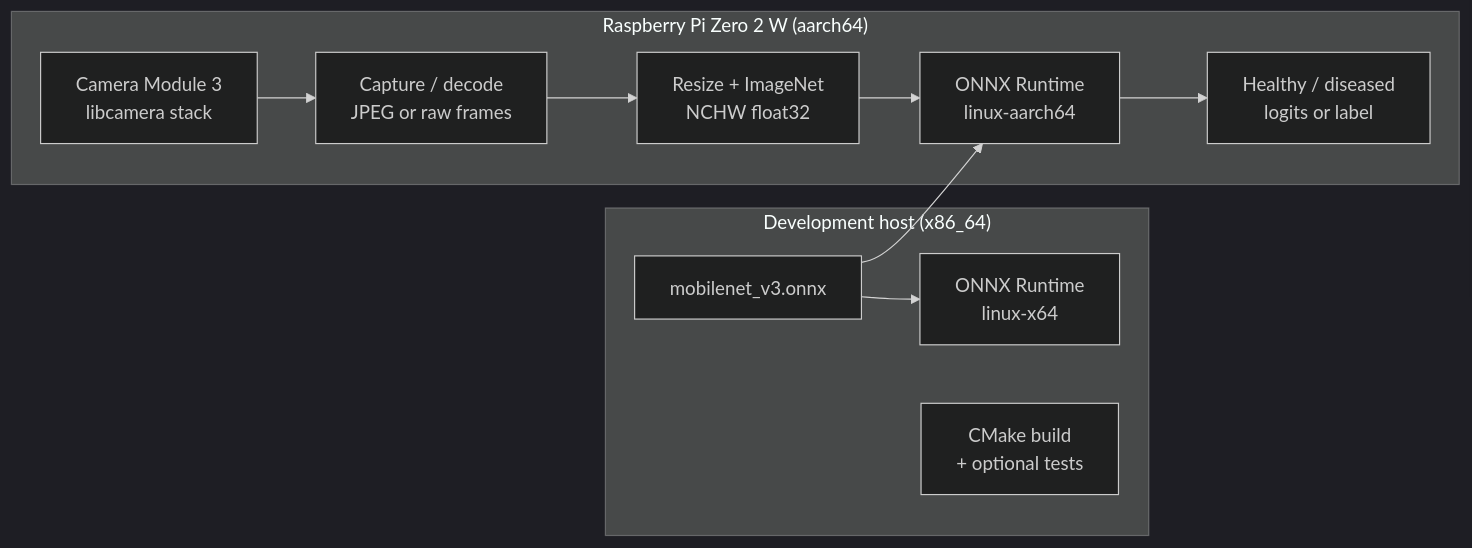
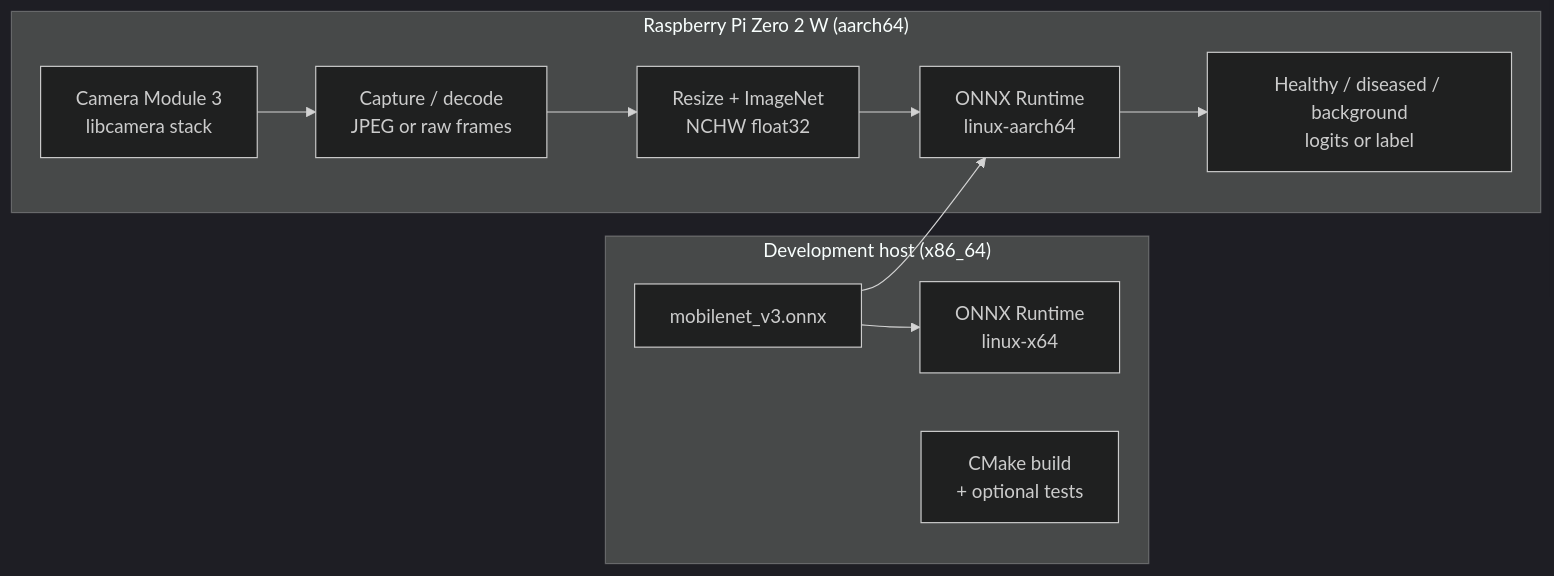
One commit to Yusufss4/plant-health-classification changed the diagram in cpp/README.md. Above: the diagram before and after it, drawn with Mermaid (dark theme). The commit also changed other lines of this file and 14 other files, not shown here.

````diff
--- a/cpp/README.md
+++ b/cpp/README.md
@@ -17,20 +17,20 @@
 ```mermaid
 flowchart LR
   subgraph dev["Development host (x86_64)"]
     ORT_x64["ONNX Runtime\nlinux-x64"]
     Build["CMake build\n+ optional tests"]
     Model["mobilenet_v3.onnx"]
   end
 
   subgraph pi["Raspberry Pi Zero 2 W (aarch64)"]
     Cam["Camera Module 3\nlibcamera stack"]
     Cap["Capture / decode\nJPEG or raw frames"]
     Pre["Resize + ImageNet\nNCHW float32"]
     ORT_arm["ONNX Runtime\nlinux-aarch64"]
-    Out["Healthy / diseased\nlogits or label"]
+    Out["Healthy / diseased / background\nlogits or label"]
   end
 
   Model --> ORT_x64
   Model --> ORT_arm
   Cam --> Cap --> Pre --> ORT_arm --> Out
 ```
````
